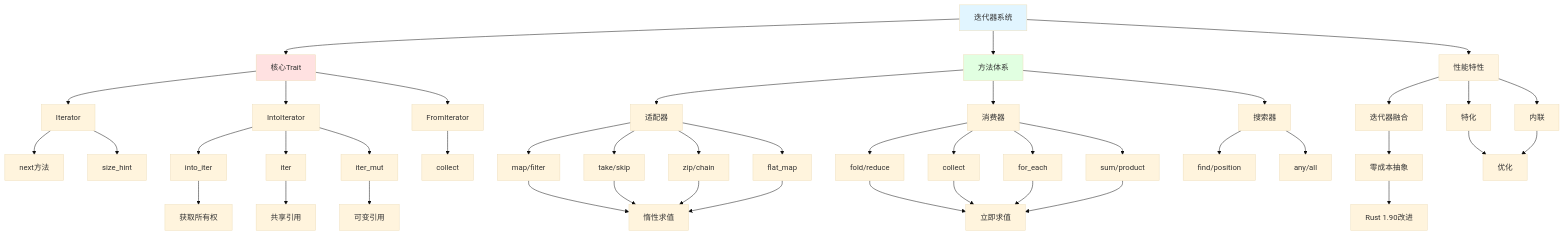
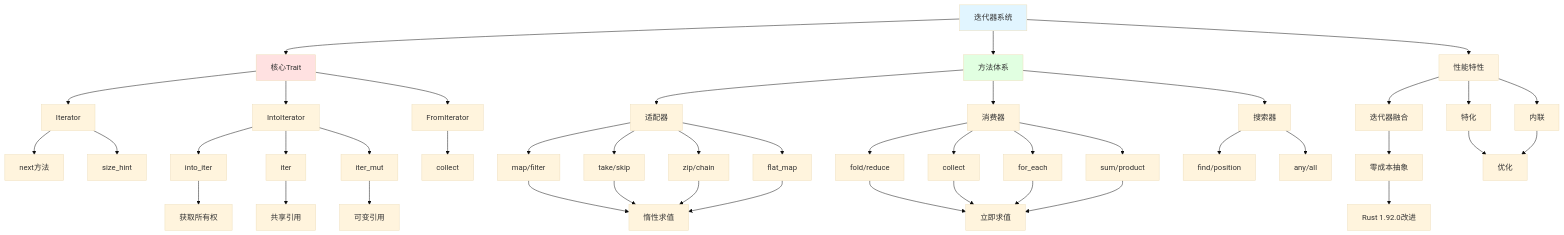
The tenth of 17 diagrams in crates/c03_control_fn/docs/CONCEPT_RELATIONSHIP_NETWORK.md (martin-ly/rust-lang), drawn with Mermaid (base theme) before and after one commit. The commit also changed other lines of this file and 290 other files, not shown here.

````diff
--- a/crates/c03_control_fn/docs/CONCEPT_RELATIONSHIP_NETWORK.md
+++ b/crates/c03_control_fn/docs/CONCEPT_RELATIONSHIP_NETWORK.md
@@ -539,65 +539,65 @@
 ```mermaid
 graph TB
     Iterator[迭代器系统] --> Core[核心Trait]
     Iterator --> Methods[方法体系]
     Iterator --> Performance[性能特性]
 
     Core --> IteratorTrait[Iterator]
     Core --> IntoIterator[IntoIterator]
     Core --> FromIterator[FromIterator]
 
     IteratorTrait --> Next[next方法]
     IteratorTrait --> SizeHint[size_hint]
 
     IntoIterator --> IntoIter[into_iter]
     IntoIterator --> Iter[iter]
     IntoIterator --> IterMut[iter_mut]
 
     IntoIter --> Ownership[获取所有权]
     Iter --> SharedRef[共享引用]
     IterMut --> MutRef[可变引用]
 
     FromIterator --> Collect[collect]
 
     Methods --> Adapter[适配器]
     Methods --> Consumer[消费器]
     Methods --> Searcher[搜索器]
 
     Adapter --> A1[map/filter]
     Adapter --> A2[take/skip]
     Adapter --> A3[zip/chain]
     Adapter --> A4[flat_map]
 
     A1 --> Lazy[惰性求值]
     A2 --> Lazy
     A3 --> Lazy
     A4 --> Lazy
 
     Consumer --> C1[fold/reduce]
     Consumer --> C2[collect]
     Consumer --> C3[for_each]
     Consumer --> C4[sum/product]
 
     C1 --> Eager[立即求值]
     C2 --> Eager
     C3 --> Eager
     C4 --> Eager
 
     Searcher --> S1[find/position]
     Searcher --> S2[any/all]
 
     Performance --> Fusion[迭代器融合]
     Performance --> Specialization[特化]
     Performance --> Inline[内联]
 
     Fusion --> ZeroCost[零成本抽象]
     Specialization --> Optimization[优化]
     Inline --> Optimization
 
-    ZeroCost --> Rust190[Rust 1.90改进]
+    ZeroCost --> Rust192[Rust 1.92.0改进]
 
     style Iterator fill:#e1f5ff
     style Core fill:#ffe1e1
     style Methods fill:#e1ffe1
     style Performance fill:#fff5e1
 ```
````
